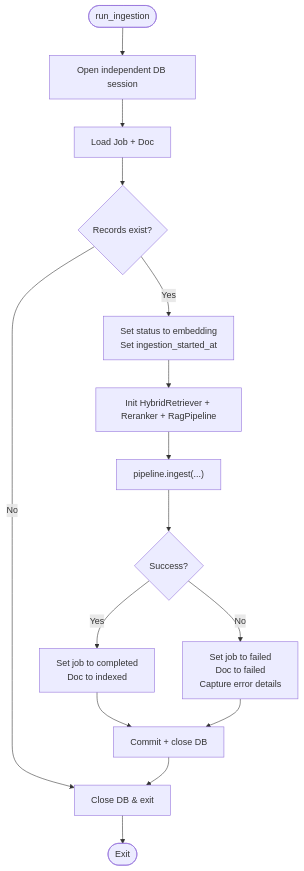
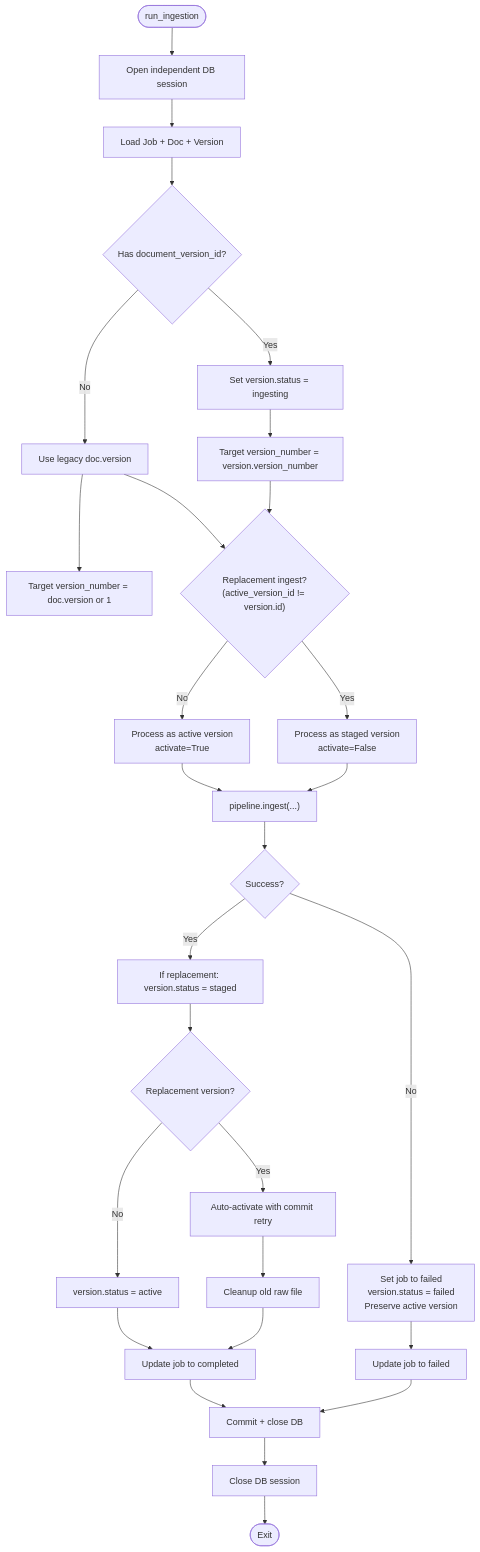
The third of 12 diagrams in .qoder/repowiki/en/content/Document Processing System/Document Processing System.md (genes8/private-ai), drawn with Mermaid before and after one commit. The commit also changed other lines of this file and 7 other files, not shown here.

````diff
--- a/.qoder/repowiki/en/content/Document Processing System/Document Processing System.md
+++ b/.qoder/repowiki/en/content/Document Processing System/Document Processing System.md
@@ -211,17 +245,30 @@
 ```mermaid
 flowchart TD
 Start(["run_ingestion"]) --> OpenDB["Open independent DB session"]
-OpenDB --> LoadRec["Load Job + Doc"]
-LoadRec --> Valid{"Records exist?"}
-Valid --> |No| Close["Close DB & exit"]
-Valid --> |Yes| SetEmbed["Set status to embedding<br/>Set ingestion_started_at"]
-SetEmbed --> Init["Init HybridRetriever + Reranker + RagPipeline"]
-Init --> Ingest["pipeline.ingest(...)"]
+OpenDB --> LoadRec["Load Job + Doc + Version"]
+LoadRec --> HasVersion{"Has document_version_id?"}
+HasVersion --> |Yes| SetVersion["Set version.status = ingesting"]
+HasVersion --> |No| SetLegacy["Use legacy doc.version"]
+SetVersion --> TargetVersion["Target version_number = version.version_number"]
+SetLegacy --> TargetNumber["Target version_number = doc.version or 1"]
+TargetVersion --> Replacement{"Replacement ingest?<br/>(active_version_id != version.id)"}
+SetLegacy --> Replacement
+Replacement --> |Yes| StageProcess["Process as staged version<br/>activate=False"]
+Replacement --> |No| DirectProcess["Process as active version<br/>activate=True"]
+StageProcess --> Ingest["pipeline.ingest(...)"]
+DirectProcess --> Ingest
 Ingest --> Success{"Success?"}
-Success --> |Yes| MarkDone["Set job to completed<br/>Doc to indexed"]
-Success --> |No| MarkFail["Set job to failed<br/>Doc to failed<br/>Capture error details"]
-MarkDone --> Commit["Commit + close DB"]
-MarkFail --> Commit
-Commit --> Close
+Success --> |Yes| StageSuccess["If replacement: version.status = staged"]
+StageSuccess --> Activate{"Replacement version?"}
+Activate --> |Yes| AutoActivate["Auto-activate with commit retry"]
+Activate --> |No| MarkActive["version.status = active"]
+AutoActivate --> Cleanup["Cleanup old raw file"]
+Cleanup --> SuccessFlow["Update job to completed"]
+MarkActive --> SuccessFlow
+Success --> |No| MarkFailed["Set job to failed<br/>version.status = failed<br/>Preserve active version"]
+MarkFailed --> ErrorFlow["Update job to failed"]
+ErrorFlow --> Commit["Commit + close DB"]
+SuccessFlow --> Commit
+Commit --> Close["Close DB session"]
 Close --> End(["Exit"])
 ```
````
